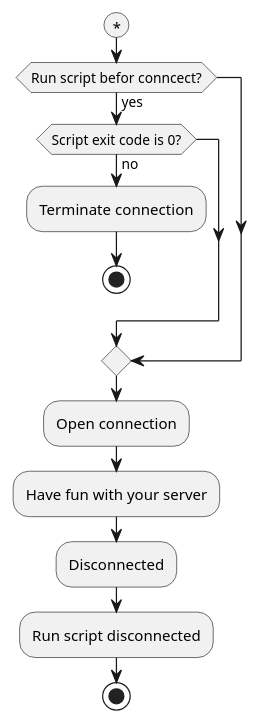
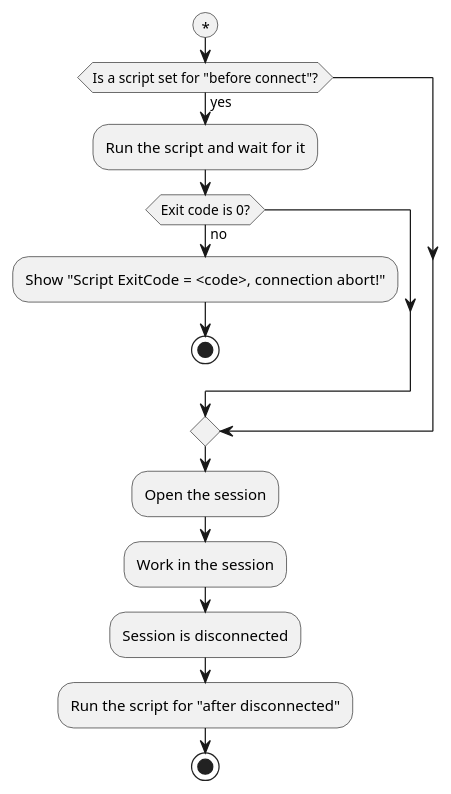
One commit to 1Remote/1Remote.github.io changed the diagram in source/docs/usage/misc/pre-post-script-control/overview.md. Above: the diagram before and after it, drawn with PlantUML. The commit also changed other lines of this file and 30 other files, not shown here.

````diff
--- a/source/docs/usage/misc/pre-post-script-control/overview.md
+++ b/source/docs/usage/misc/pre-post-script-control/overview.md
@@ -6,16 +5,17 @@
 ```plantuml format="svg"
 @startuml
 (*)
-if (Run script befor conncect?) then (yes)
-  if (Script exit code is 0?) then (no)
-    :Terminate connection;
+if (Is a script set for "before connect"?) then (yes)
+  :Run the script and wait for it;
+  if (Exit code is 0?) then (no)
+    :Show "Script ExitCode = <code>, connection abort!";
     stop
   endif
 endif
--Open connection
--Have fun with your server
--Disconnected
--Run script disconnected
+-Open the session
+-Work in the session
+-Session is disconnected
+-Run the script for "after disconnected"
 stop
 @enduml
 ```
````
